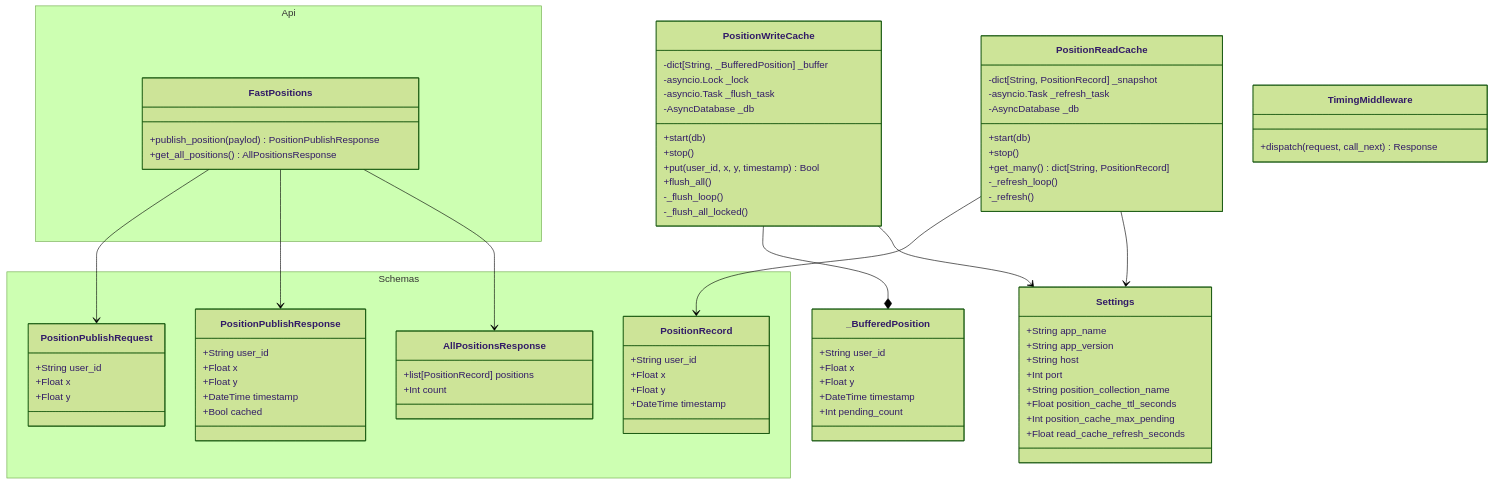
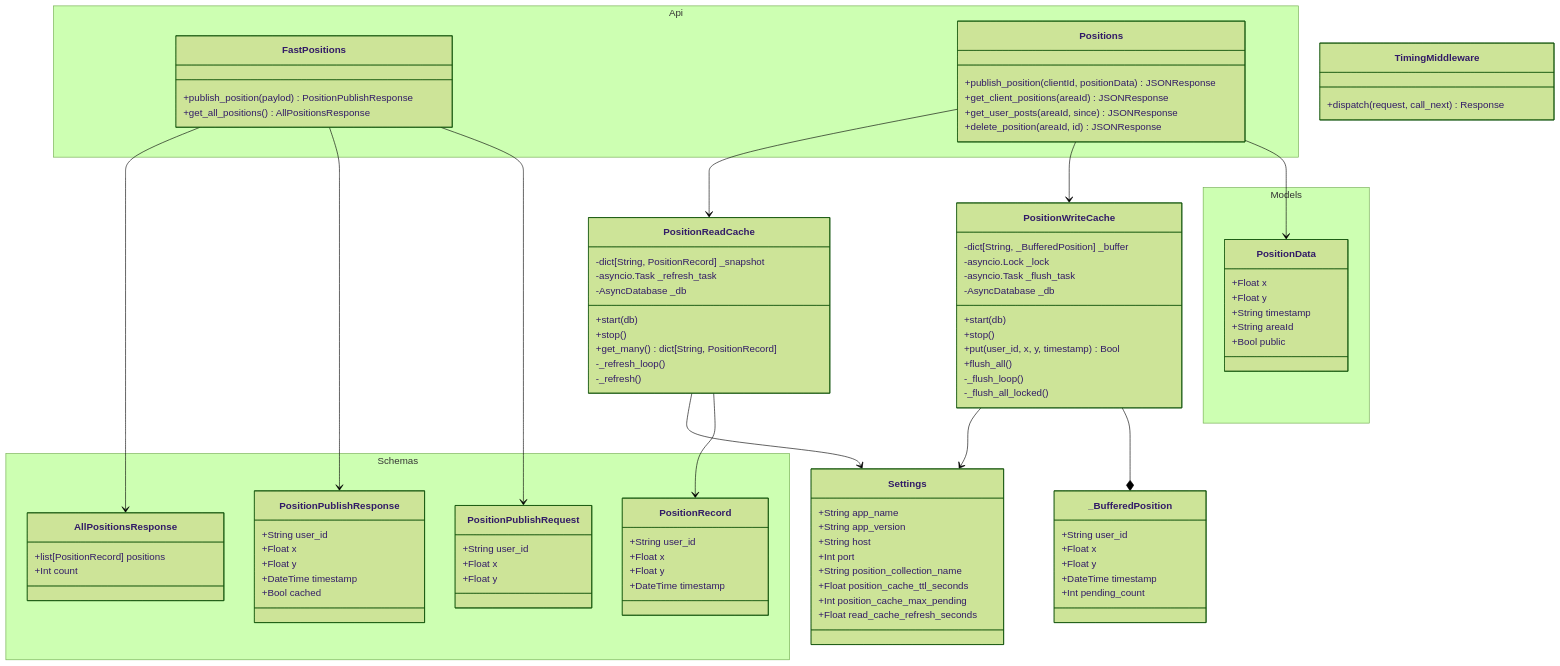
Before and after one commit to kirandesimone/microsync: the first of 2 diagrams in README.md, drawn with Mermaid (forest theme). The commit also changed other lines of this file, not shown here.

Commit message:
Updates README with Location API and Fast Positions documentation

````diff
--- a/README.md
+++ b/README.md
@@ -79,6 +91,12 @@
             +publish_position(paylod) PositionPublishResponse
             +get_all_positions() AllPositionsResponse
         }
+        class Positions {
+            +publish_position(clientId, positionData) JSONResponse
+            +get_client_positions(areaId) JSONResponse
+            +get_user_posts(areaId, since) JSONResponse
+            +delete_position(areaId, id) JSONResponse
+        }
     }
     namespace Schemas {
         class PositionRecord {
@@ -104,6 +122,15 @@
             +Int count
         }
     }
+    namespace Models {
+        class PositionData {
+            +Float x
+            +Float y
+            +String timestamp
+            +String areaId
+            +Bool public
+        }
+    }
     
     PositionWriteCache --* _BufferedPosition
     PositionWriteCache --> Settings
@@ -114,5 +141,9 @@
     FastPositions --> PositionPublishRequest
     FastPositions --> PositionPublishResponse
     FastPositions --> AllPositionsResponse
+    
+    Positions --> PositionData
+    Positions --> PositionWriteCache
+    Positions --> PositionReadCache
 
 ```
````
